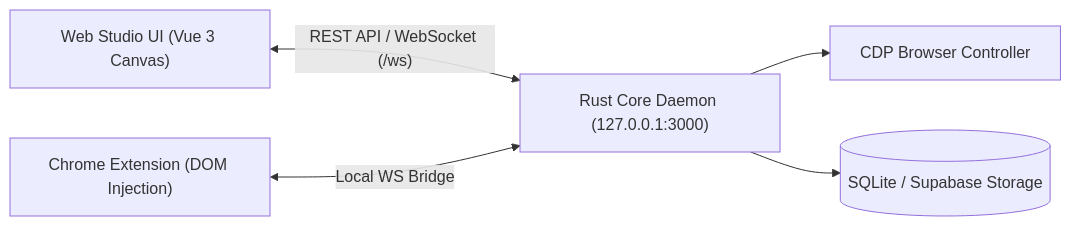
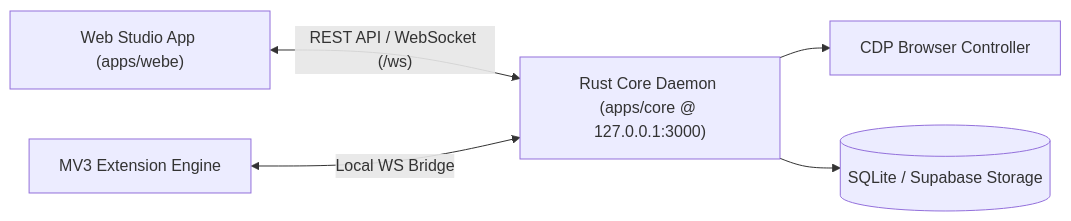
The diagram in docs/WEB_STUDIO_USER_GUIDE.md (tuquet/automa), drawn with Mermaid before and after one commit. The commit also changed other lines of this file, not shown here.

Commit message:
docs: refine Web Studio screen inventory mapping specifically to apps/webe Vue routes

````diff
--- a/docs/WEB_STUDIO_USER_GUIDE.md
+++ b/docs/WEB_STUDIO_USER_GUIDE.md
@@ -19,7 +19,7 @@
 ```mermaid
 flowchart LR
-    STUDIO["Web Studio UI (Vue 3 Canvas)"] <-->|"REST API / WebSocket (/ws)"| DAEMON["Rust Core Daemon (127.0.0.1:3000)"]
-    EXT["Chrome Extension (DOM Injection)"] <-->|"Local WS Bridge"| DAEMON
+    STUDIO["Web Studio App (apps/webe)"] <-->|"REST API / WebSocket (/ws)"| DAEMON["Rust Core Daemon (apps/core @ 127.0.0.1:3000)"]
+    EXT["MV3 Extension Engine"] <-->|"Local WS Bridge"| DAEMON
     DAEMON --> CDP["CDP Browser Controller"]
     DAEMON --> DB[("SQLite / Supabase Storage")]
 ```
````
